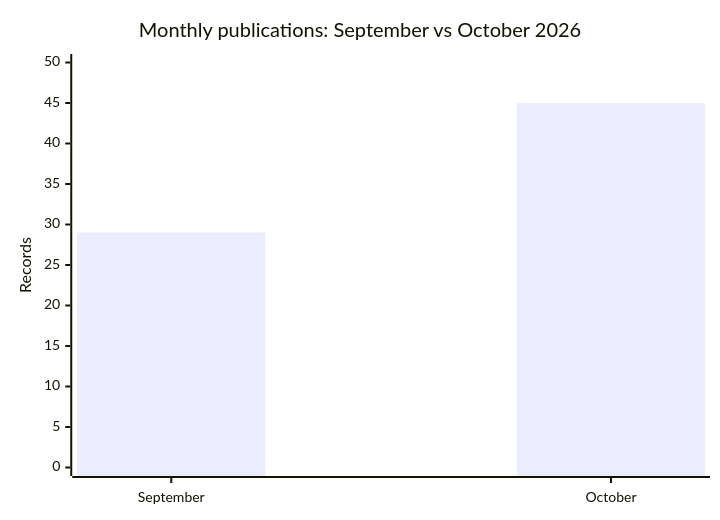
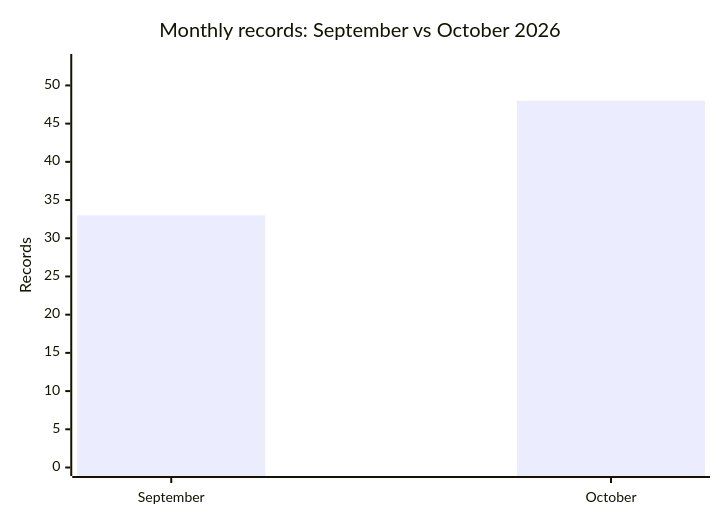
One commit to Hatchepsoute/AFRINTEL changed the diagram in comparison/2026/09-september-october/README.md. Above: the diagram before and after it, drawn with Mermaid. The commit also changed other lines of this file and 401 other files, not shown here.

````diff
--- a/comparison/2026/09-september-october/README.md
+++ b/comparison/2026/09-september-october/README.md
@@ -18,7 +15,7 @@
 ```mermaid
 xychart-beta
-    title "Monthly publications: September vs October 2026"
+    title "Monthly records: September vs October 2026"
     x-axis [September, October]
-    y-axis "Records" 0 --> 50
-    bar [29, 45]
+    y-axis "Records" 0 --> 53
+    bar [33, 48]
 ```
````
